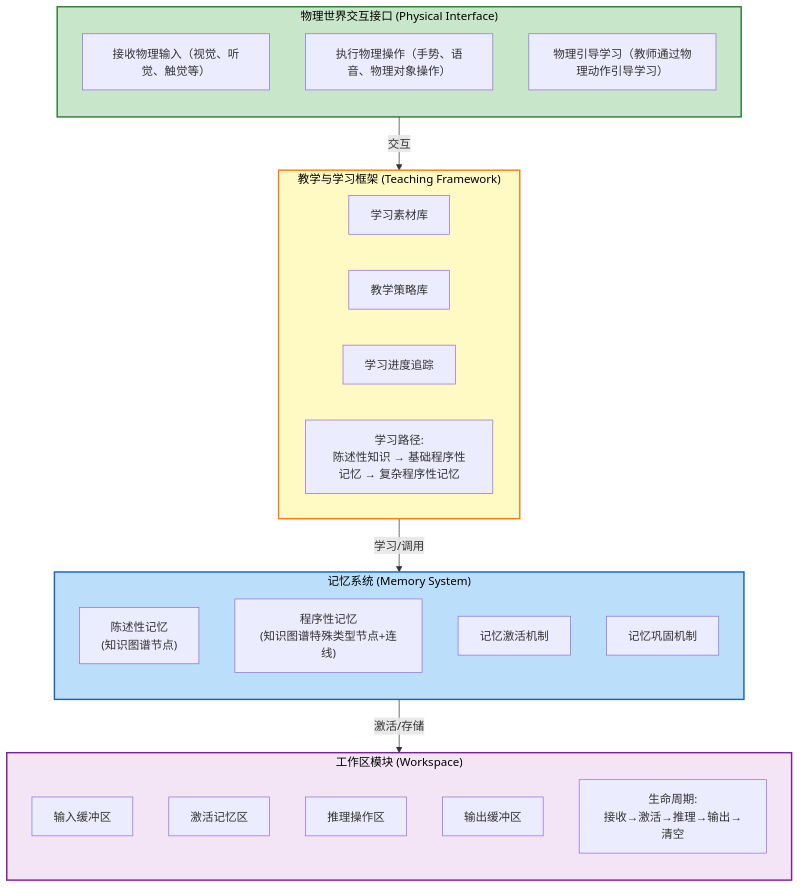
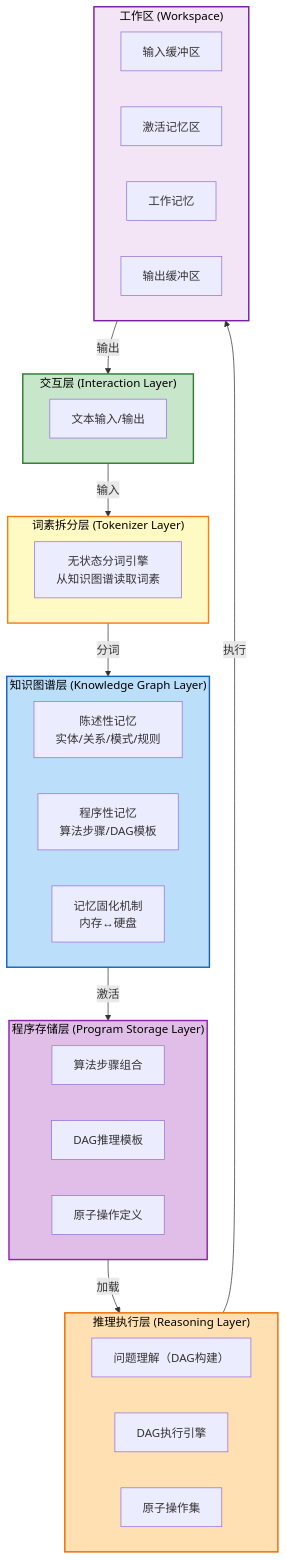
Before and after one commit to weidong-qinfeng/small_world: the third of 6 diagrams in doc/数字大脑/架构设计.md, drawn with Mermaid. The commit also changed other lines of this file and 8 other files, not shown here.

````diff
--- a/doc/数字大脑/架构设计.md
+++ b/doc/数字大脑/架构设计.md
@@ -151,48 +143,56 @@
 ```mermaid
 flowchart TD
-    subgraph PI["物理世界交互接口 (Physical Interface)"]
-        direction TB
-        P1["接收物理输入（视觉、听觉、触觉等）"]
-        P2["执行物理操作（手势、语音、物理对象操作）"]
-        P3["物理引导学习（教师通过物理动作引导学习）"]
+    subgraph PI["交互层 (Interaction Layer)"]
+        P1["文本输入/输出"]
     end
     
-    subgraph TF["教学与学习框架 (Teaching Framework)"]
-        direction LR
-        T1["学习素材库"]
-        T2["教学策略库"]
-        T3["学习进度追踪"]
-        T4["学习路径:<br/>陈述性知识 → 基础程序性记忆 → 复杂程序性记忆"]
+    subgraph TL["词素拆分层 (Tokenizer Layer)"]
+        T1["无状态分词引擎<br/>从知识图谱读取词素"]
     end
     
-    subgraph MS["记忆系统 (Memory System)"]
-        direction TB
-        M1["陈述性记忆<br/>(知识图谱节点)"]
-        M2["程序性记忆<br/>(知识图谱特殊类型节点+连线)"]
-        M3["记忆激活机制"]
-        M4["记忆巩固机制"]
+    subgraph KGL["知识图谱层 (Knowledge Graph Layer)"]
+        M1["陈述性记忆<br/>实体/关系/模式/规则"]
+        M2["程序性记忆<br/>算法步骤/DAG模板"]
+        M3["记忆固化机制<br/>内存↔硬盘"]
     end
     
-    subgraph WS["工作区模块 (Workspace)"]
-        direction TB
+    subgraph PSL["程序存储层 (Program Storage Layer)"]
+        S1["算法步骤组合"]
+        S2["DAG推理模板"]
+        S3["原子操作定义"]
+    end
+    
+    subgraph REL["推理执行层 (Reasoning Layer)"]
+        R1["问题理解（DAG构建）"]
+        R2["DAG执行引擎"]
+        R3["原子操作集"]
+    end
+    
+    subgraph WS["工作区 (Workspace)"]
         W1["输入缓冲区"]
         W2["激活记忆区"]
-        W3["推理操作区"]
+        W3["工作记忆"]
         W4["输出缓冲区"]
-        W5["生命周期:<br/>接收→激活→推理→输出→清空"]
     end
     
-    PI -->|交互| TF
-    TF -->|学习/调用| MS
-    MS -->|激活/存储| WS
+    PI -->|输入| TL
+    TL -->|分词| KGL
+    KGL -->|激活| PSL
+    PSL -->|加载| REL
+    REL -->|执行| WS
+    WS -->|输出| PI
     
     classDef physical fill:#c8e6c9,stroke:#2e7d32,stroke-width:2px,color:#000
-    classDef teaching fill:#fff9c4,stroke:#f57f17,stroke-width:2px,color:#000
+    classDef tokenizer fill:#fff9c4,stroke:#f57f17,stroke-width:2px,color:#000
     classDef memory fill:#bbdefb,stroke:#1565c0,stroke-width:2px,color:#000
+    classDef storage fill:#e1bee7,stroke:#8e24aa,stroke-width:2px,color:#000
+    classDef reasoning fill:#ffe0b2,stroke:#ef6c00,stroke-width:2px,color:#000
     classDef workspace fill:#f3e5f5,stroke:#7b1fa2,stroke-width:2px,color:#000
     
     class PI physical
-    class TF teaching
-    class MS memory
+    class TL tokenizer
+    class KGL memory
+    class PSL storage
+    class REL reasoning
     class WS workspace
 ```
````
